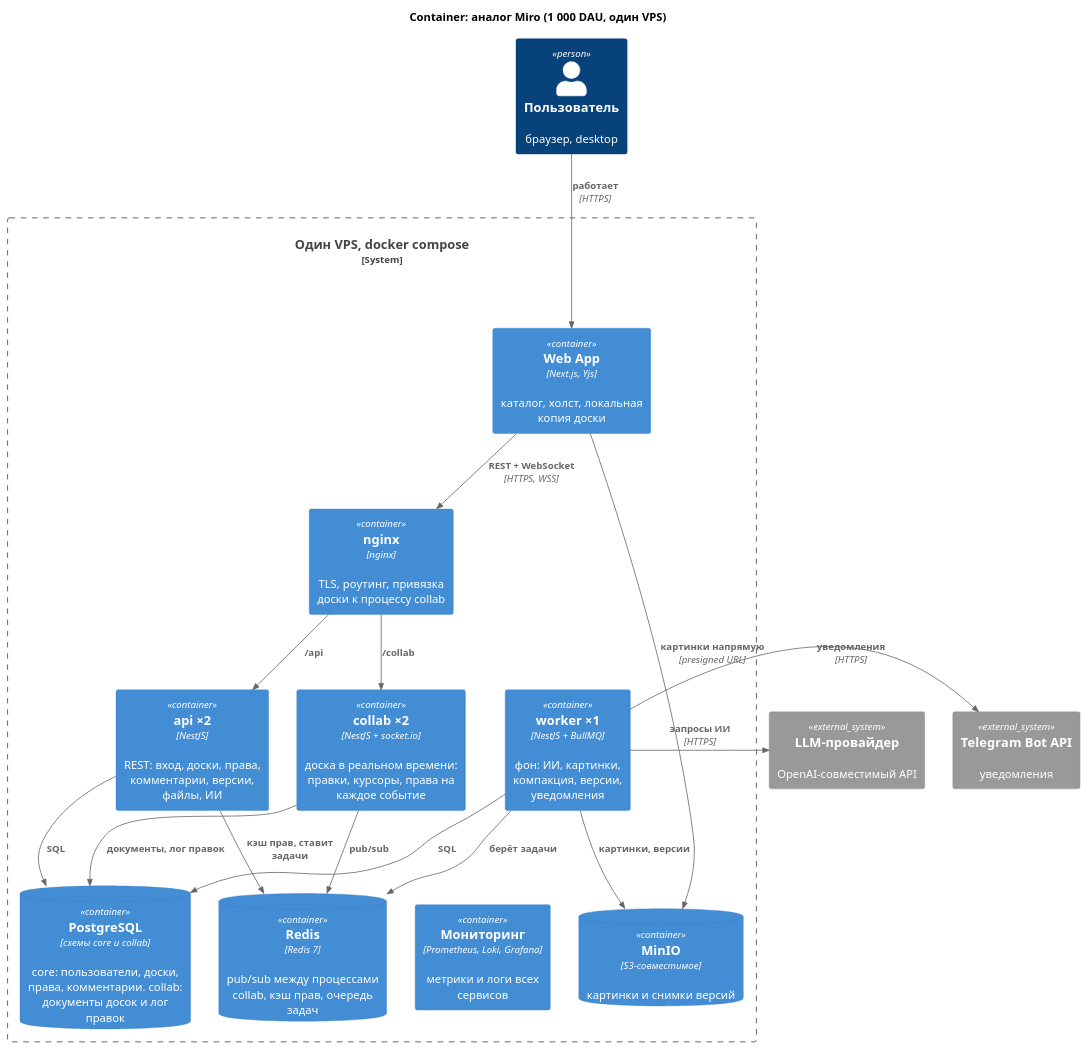
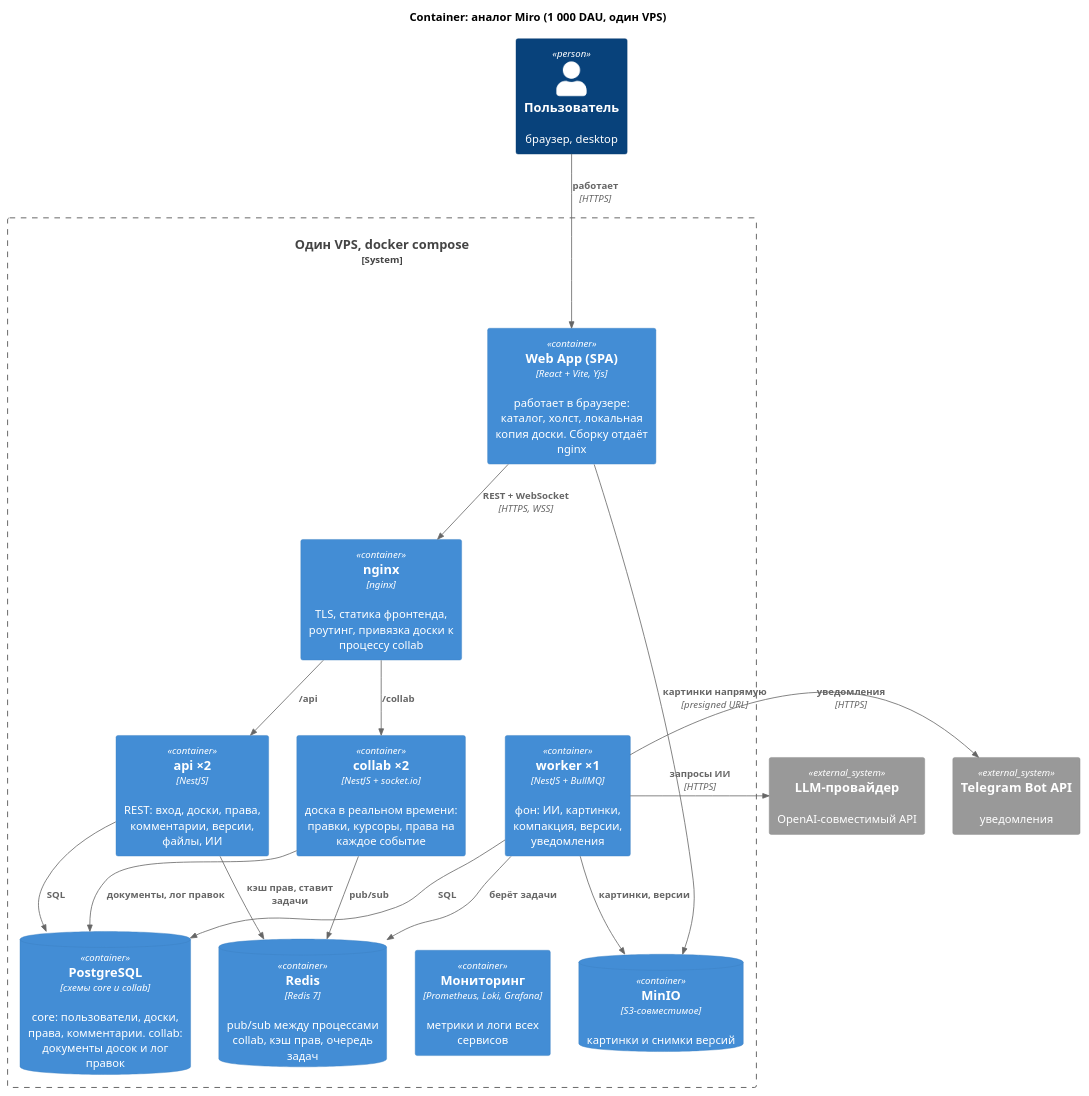
One commit to fanera-team/fanera changed the diagram in docs/system-design/architecture/containers.puml. Above: the diagram before and after it, drawn with PlantUML. The commit also changed 26 other files, not shown here.

```diff
--- a/docs/system-design/architecture/containers.puml
+++ b/docs/system-design/architecture/containers.puml
@@ -1,52 +1,52 @@
 @startuml containers
 !include <C4/C4_Container>
 ' C4, уровень 2: из каких контейнеров состоит система и кто с кем говорит.
 ' Детали потоков — architecture/README.md §3 и sequences/.
 
 title Container: аналог Miro (1 000 DAU, один VPS)
 
 Person(user, "Пользователь", "браузер, desktop")
 
 System_Boundary(sys, "Один VPS, docker compose") {
-  Container(web, "Web App", "Next.js, Yjs", "каталог, холст, локальная копия доски")
-  Container(lb, "nginx", "nginx", "TLS, роутинг, привязка доски к процессу collab")
+  Container(web, "Web App (SPA)", "React + Vite, Yjs", "работает в браузере: каталог, холст, локальная копия доски. Сборку отдаёт nginx")
+  Container(lb, "nginx", "nginx", "TLS, статика фронтенда, роутинг, привязка доски к процессу collab")
 
   Container(api, "api ×2", "NestJS", "REST: вход, доски, права, комментарии, версии, файлы, ИИ")
   Container(collab, "collab ×2", "NestJS + socket.io", "доска в реальном времени: правки, курсоры, права на каждое событие")
   Container(worker, "worker ×1", "NestJS + BullMQ", "фон: ИИ, картинки, компакция, версии, уведомления")
 
   ContainerDb(pg, "PostgreSQL", "схемы core и collab", "core: пользователи, доски, права, комментарии. collab: документы досок и лог правок")
   ContainerDb(redis, "Redis", "Redis 7", "pub/sub между процессами collab, кэш прав, очередь задач")
   ContainerDb(s3, "MinIO", "S3-совместимое", "картинки и снимки версий")
 
   Container(obs, "Мониторинг", "Prometheus, Loki, Grafana", "метрики и логи всех сервисов")
 }
 
 System_Ext(llm, "LLM-провайдер", "OpenAI-совместимый API")
 System_Ext(tg, "Telegram Bot API", "уведомления")
 
 Rel_D(user, web, "работает", "HTTPS")
 Rel_D(web, lb, "REST + WebSocket", "HTTPS, WSS")
 Rel_D(web, s3, "картинки напрямую", "presigned URL")
 
 Rel_D(lb, api, "/api")
 Rel_D(lb, collab, "/collab")
 
 Rel_D(api, pg, "SQL")
 Rel_D(api, redis, "кэш прав, ставит задачи")
 Rel_D(collab, pg, "документы, лог правок")
 Rel_D(collab, redis, "pub/sub")
 Rel_D(worker, redis, "берёт задачи")
 Rel_D(worker, pg, "SQL")
 Rel_D(worker, s3, "картинки, версии")
 
 Rel_R(worker, llm, "запросы ИИ", "HTTPS")
 Rel_R(worker, tg, "уведомления", "HTTPS")
 
 Lay_R(api, collab)
 Lay_R(collab, worker)
 Lay_R(pg, redis)
 Lay_R(redis, s3)
 Lay_D(worker, obs)
 Lay_R(llm, tg)
 @enduml
```
